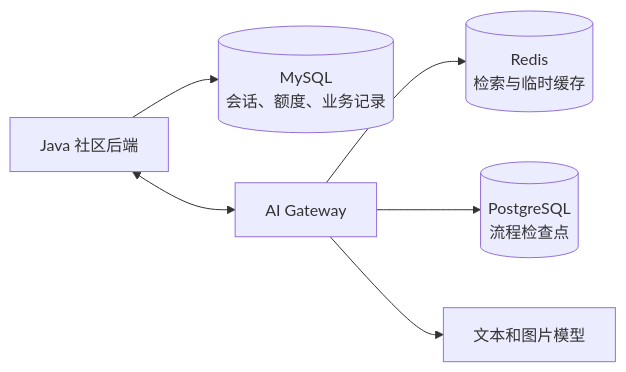
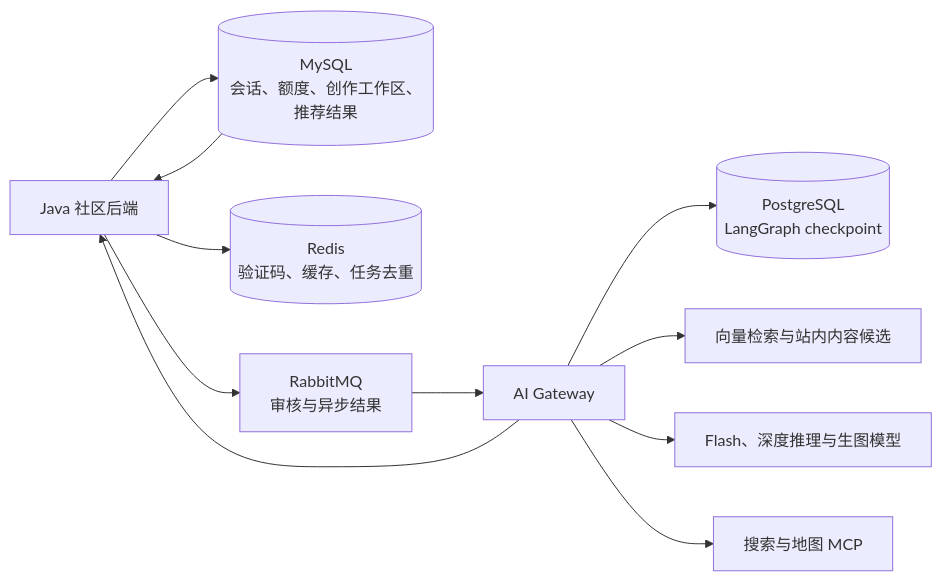
Diagram 12 of 13 in README.md (pluchon/mengmeng_forum), drawn with Mermaid before and after one commit. The commit also changed other lines of this file, not shown here.

Commit message:
docs: 细化项目模块流程图

````diff
--- a/README.md
+++ b/README.md
@@ -219,8 +263,13 @@
 ```mermaid
 flowchart LR
-  J["Java 社区后端"] --> M[("MySQL\n会话、额度、业务记录")]
-  G["AI Gateway"] --> R[("Redis\n检索与临时缓存")]
-  G --> P[("PostgreSQL\n流程检查点")]
-  G --> L["文本和图片模型"]
-  J <--> G
+  J["Java 社区后端"] --> MYSQL[("MySQL<br/>会话、额度、创作工作区、推荐结果")]
+  J --> REDIS[("Redis<br/>验证码、缓存、任务去重")]
+  J --> MQ["RabbitMQ<br/>审核与异步结果"]
+  G["AI Gateway"] --> PG[("PostgreSQL<br/>LangGraph checkpoint")]
+  G --> VECTOR["向量检索与站内内容候选"]
+  G --> MODEL["Flash、深度推理与生图模型"]
+  G --> MCP["搜索与地图 MCP"]
+  MYSQL --> J
+  MQ --> G
+  G --> J
 ```
````
